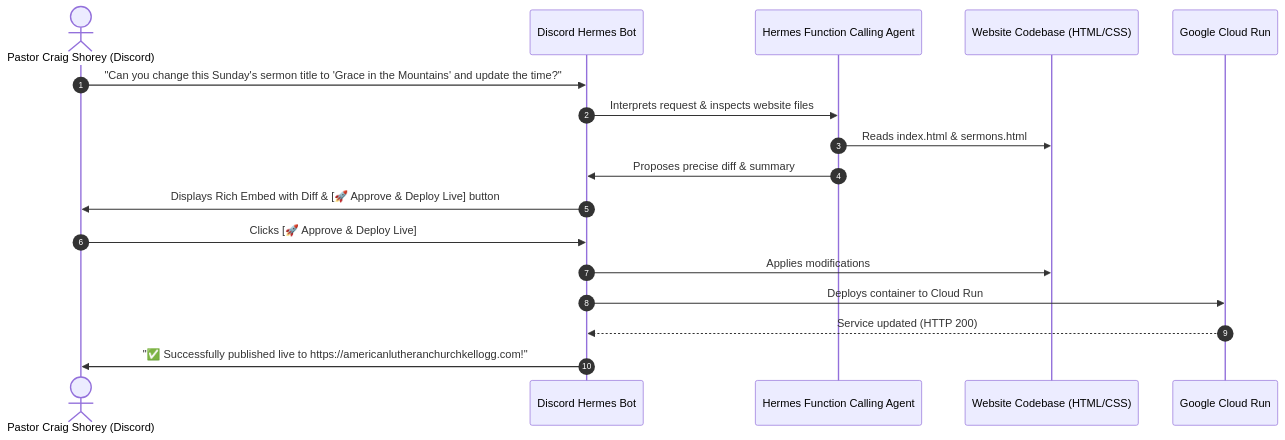
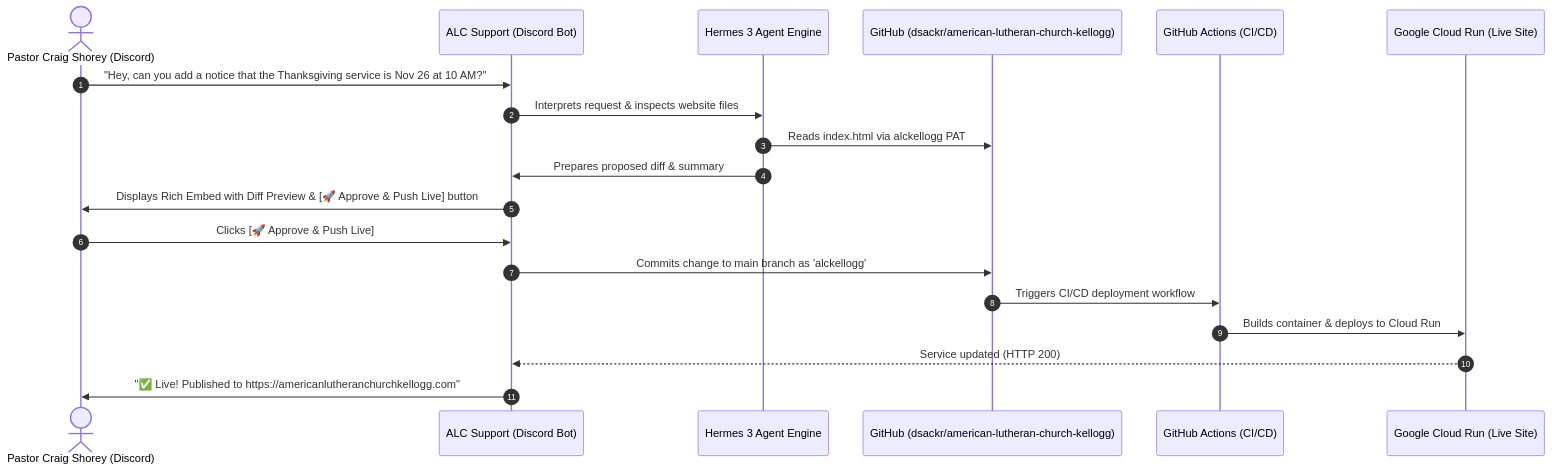
One commit to dsackr/american-lutheran-church-kellogg changed the diagram in bot/README.md. Above: the diagram before and after it, drawn with Mermaid. The commit also changed other lines of this file and 6 other files, not shown here.

Commit message:
feat(bot): upgrade ALC Support Hermes agent with alckellogg GitHub PAT integration

````diff
--- a/bot/README.md
+++ b/bot/README.md
@@ -11,20 +11,22 @@
 ```mermaid
 sequenceDiagram
     autonumber
     actor Pastor as Pastor Craig Shorey (Discord)
-    participant Bot as Discord Hermes Bot
-    participant Agent as Hermes Function Calling Agent
-    participant Repo as Website Codebase (HTML/CSS)
-    participant GCP as Google Cloud Run
+    participant Bot as ALC Support (Discord Bot)
+    participant Agent as Hermes 3 Agent Engine
+    participant GitHub as GitHub (dsackr/american-lutheran-church-kellogg)
+    participant Actions as GitHub Actions (CI/CD)
+    participant CloudRun as Google Cloud Run (Live Site)
 
-    Pastor->>Bot: "Can you change this Sunday's sermon title to 'Grace in the Mountains' and update the time?"
+    Pastor->>Bot: "Hey, can you add a notice that the Thanksgiving service is Nov 26 at 10 AM?"
     Bot->>Agent: Interprets request & inspects website files
-    Agent->>Repo: Reads index.html & sermons.html
-    Agent->>Bot: Proposes precise diff & summary
-    Bot->>Pastor: Displays Rich Embed with Diff & [🚀 Approve & Deploy Live] button
-    Pastor->>Bot: Clicks [🚀 Approve & Deploy Live]
-    Bot->>Repo: Applies modifications
-    Bot->>GCP: Deploys container to Cloud Run
-    GCP-->>Bot: Service updated (HTTP 200)
-    Bot->>Pastor: "✅ Successfully published live to https://americanlutheranchurchkellogg.com!"
+    Agent->>GitHub: Reads index.html via alckellogg PAT
+    Agent->>Bot: Prepares proposed diff & summary
+    Bot->>Pastor: Displays Rich Embed with Diff Preview & [🚀 Approve & Push Live] button
+    Pastor->>Bot: Clicks [🚀 Approve & Push Live]
+    Bot->>GitHub: Commits change to main branch as 'alckellogg'
+    GitHub->>Actions: Triggers CI/CD deployment workflow
+    Actions->>CloudRun: Builds container & deploys to Cloud Run
+    CloudRun-->>Bot: Service updated (HTTP 200)
+    Bot->>Pastor: "✅ Live! Published to https://americanlutheranchurchkellogg.com"
 ```
````
